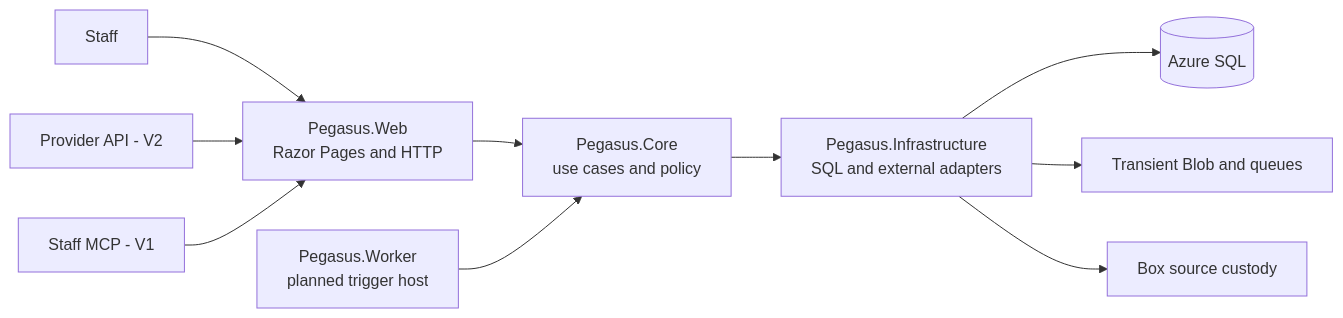
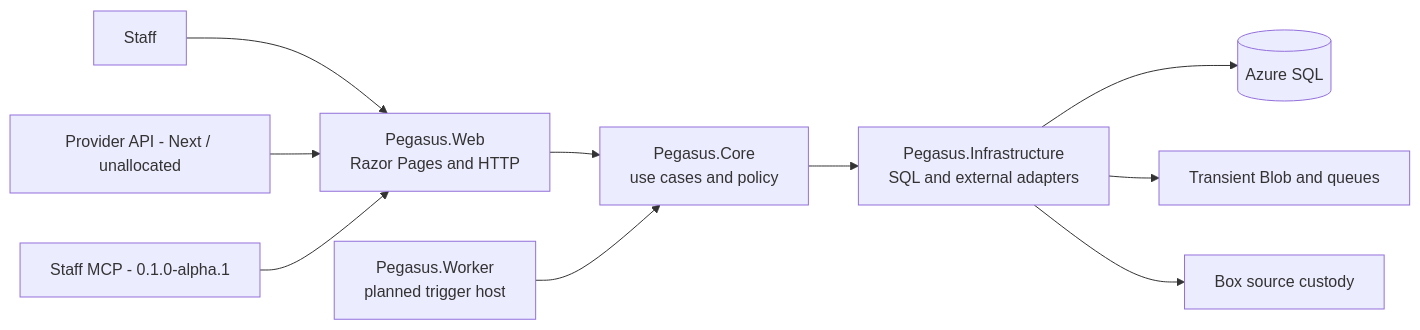
One commit to collisionengineers/pegasus changed the diagram in docs/architecture/README.md. Above: the diagram before and after it, drawn with Mermaid. The commit also changed other lines of this file and 174 other files, not shown here.

````diff
--- a/docs/architecture/README.md
+++ b/docs/architecture/README.md
@@ -14,12 +14,12 @@
 ```mermaid
 flowchart LR
     Staff[Staff] --> Web[Pegasus.Web\nRazor Pages and HTTP]
-    Provider[Provider API - V2] --> Web
-    Mcp[Staff MCP - V1] --> Web
+    Provider[Provider API - Next / unallocated] --> Web
+    Mcp[Staff MCP - 0.1.0-alpha.1] --> Web
     Web --> Core[Pegasus.Core\nuse cases and policy]
     Worker[Pegasus.Worker\nplanned trigger host] --> Core
     Core --> Infrastructure[Pegasus.Infrastructure\nSQL and external adapters]
     Infrastructure --> Sql[(Azure SQL)]
     Infrastructure --> Blob[Transient Blob and queues]
     Infrastructure --> Box[Box source custody]
 ```
````
